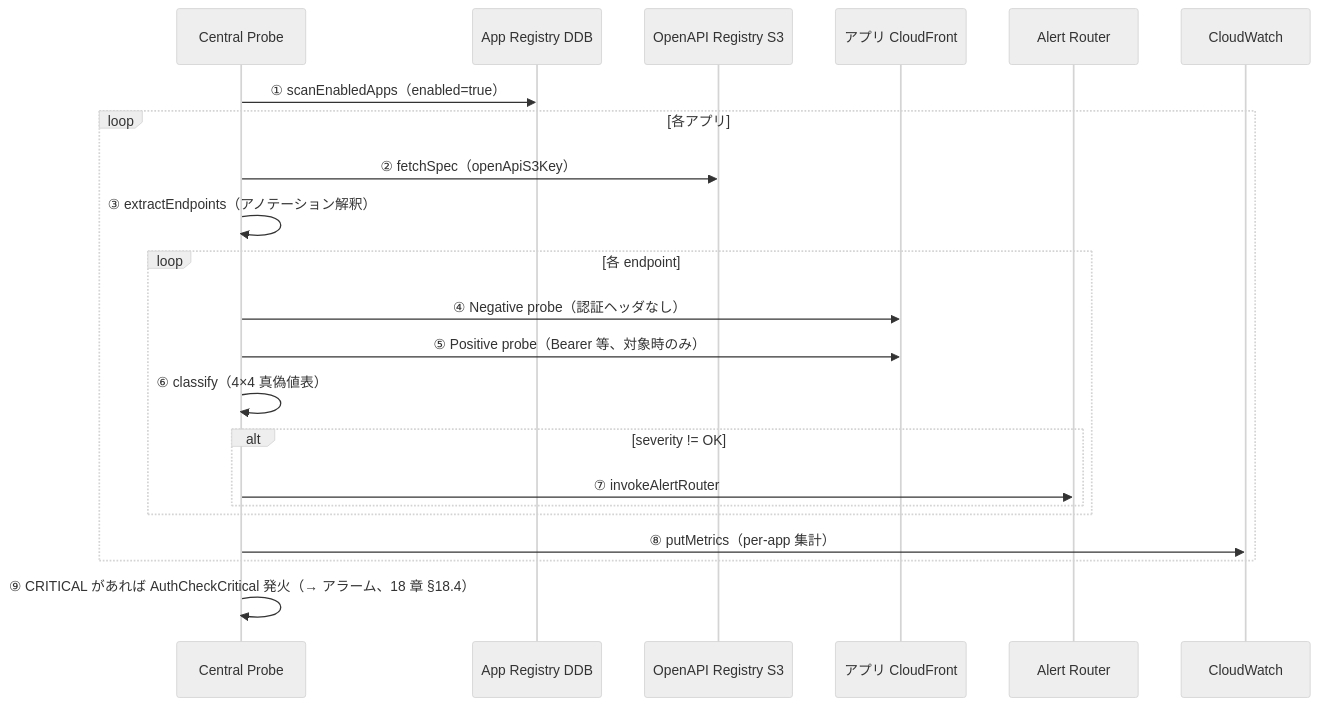
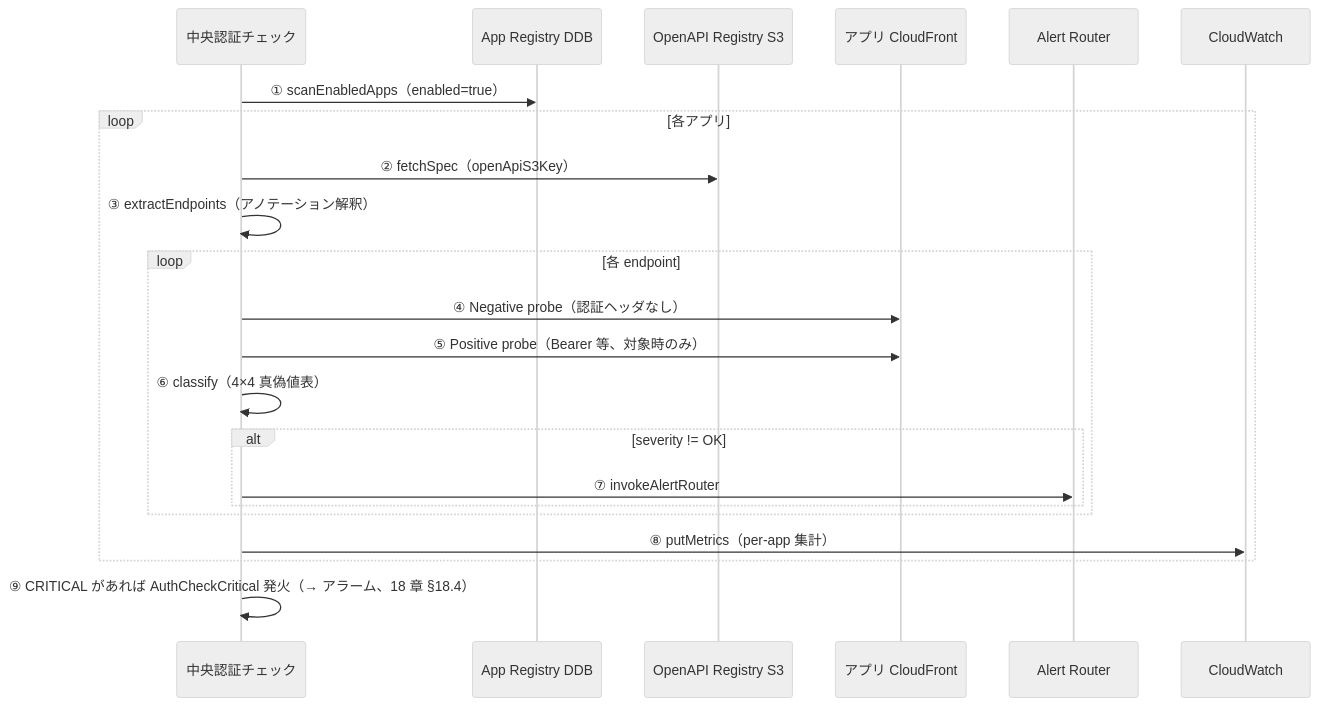
The diagram in doc/api-platform/basic-design/11-central-probe-architecture.md (suepie/aws-atuh-poc), drawn with Mermaid (neutral theme) before and after one commit. The commit also changed other lines of this file and 29 other files, not shown here.

````diff
--- a/doc/api-platform/basic-design/11-central-probe-architecture.md
+++ b/doc/api-platform/basic-design/11-central-probe-architecture.md
@@ -21,25 +21,25 @@
 ```mermaid
 sequenceDiagram
-    participant CC as Central Probe
+    participant CC as 中央認証チェック
     participant Reg as App Registry DDB
     participant OAR as OpenAPI Registry S3
     participant CF as アプリ CloudFront
     participant AR as Alert Router
     participant CW as CloudWatch
 
     CC->>Reg: ① scanEnabledApps（enabled=true）
     loop 各アプリ
         CC->>OAR: ② fetchSpec（openApiS3Key）
         CC->>CC: ③ extractEndpoints（アノテーション解釈）
         loop 各 endpoint
             CC->>CF: ④ Negative probe（認証ヘッダなし）
             CC->>CF: ⑤ Positive probe（Bearer 等、対象時のみ）
             CC->>CC: ⑥ classify（4×4 真偽値表）
             alt severity != OK
                 CC->>AR: ⑦ invokeAlertRouter
             end
         end
         CC->>CW: ⑧ putMetrics（per-app 集計）
     end
     CC->>CC: ⑨ CRITICAL があれば AuthCheckCritical 発火（→ アラーム、18 章 §18.4）
 ```
````
